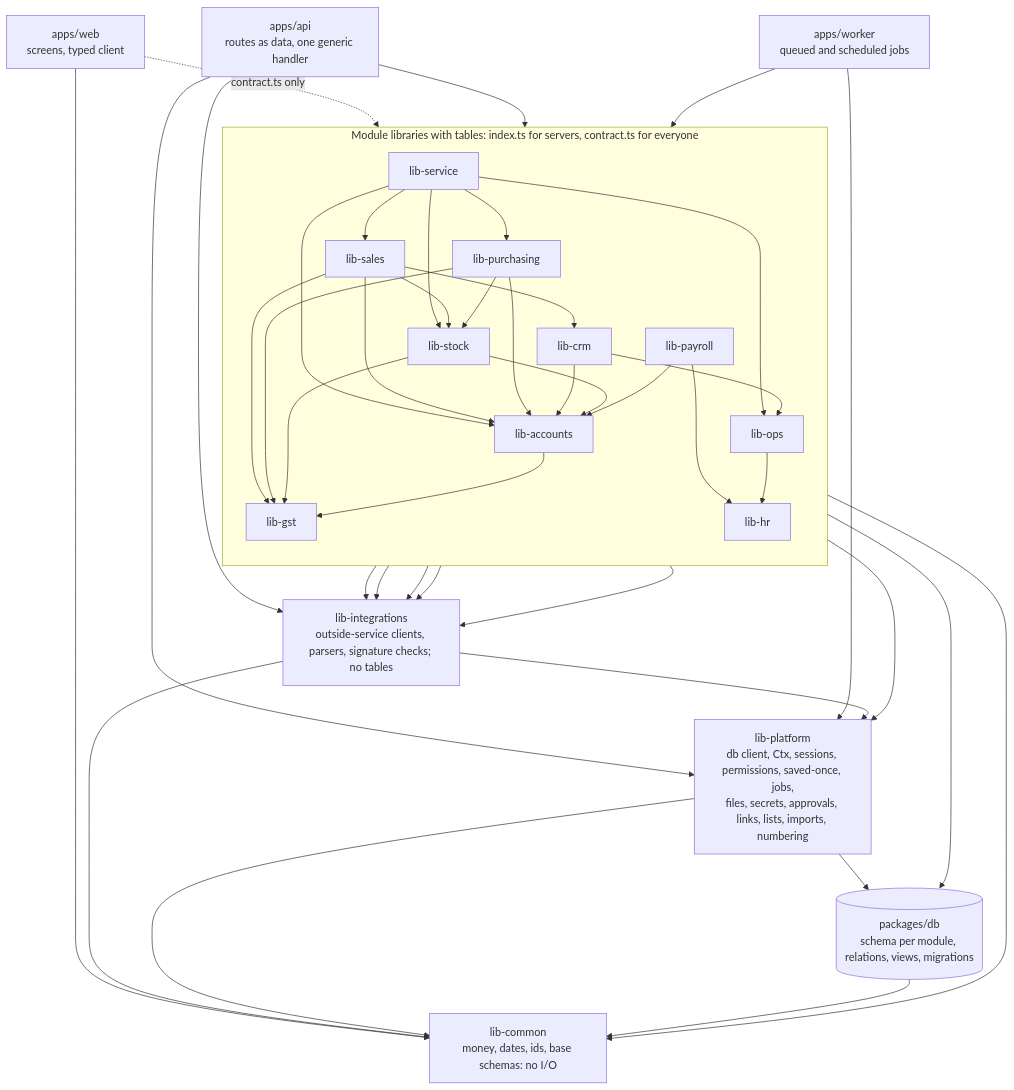
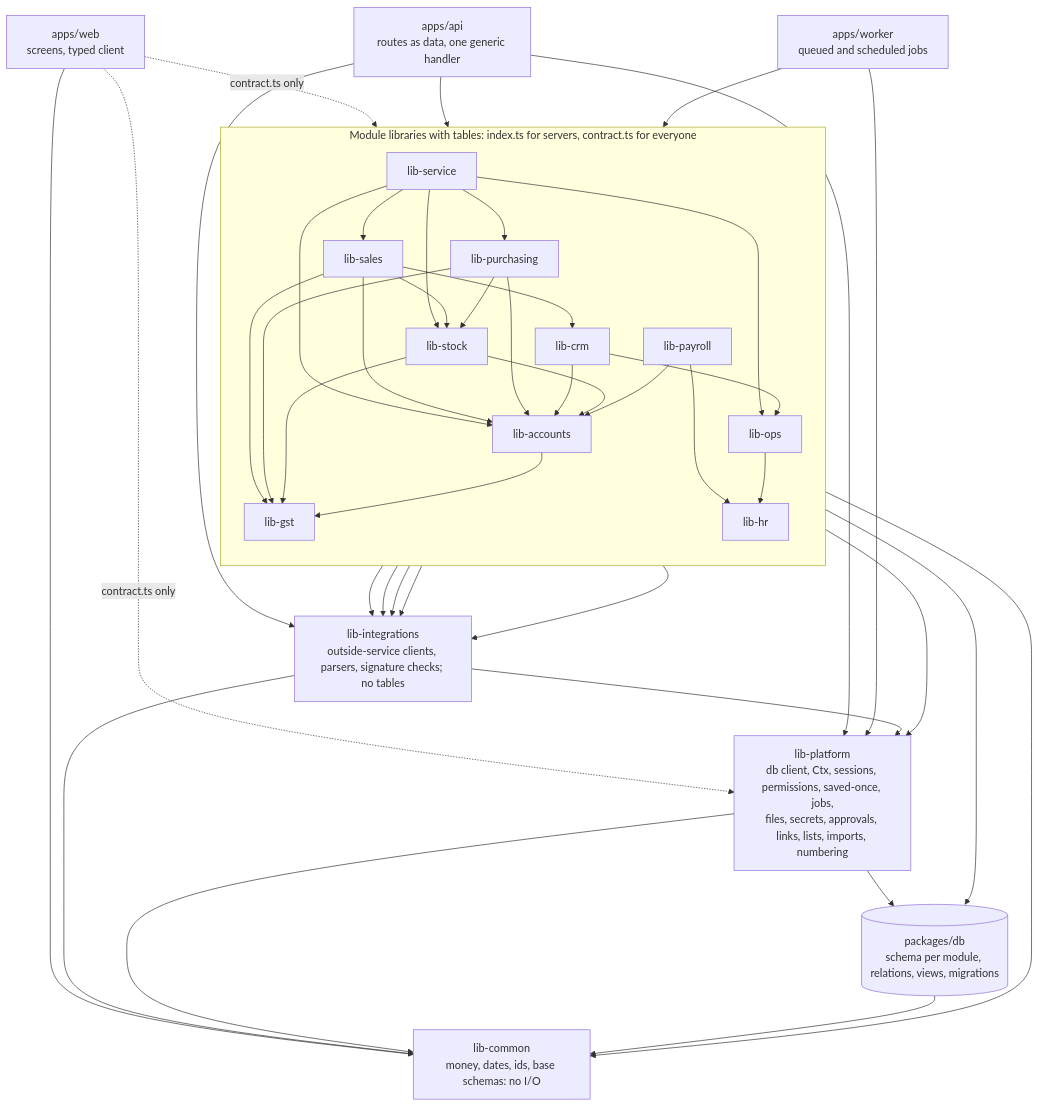
Before and after one commit to sarthakradboards-hash/radcore-erp: the diagram in docs/architecture/packages.md, drawn with Mermaid. The commit also changed 1 other file, not shown here.

Commit message:
RAD-7: what crosses the wire (UI review blocker)
- lib-platform gets a browser-safe ./contract entry (sign-in, session /me, MFA,
  invites, sessions, settings, files, approvals, list and error shapes); web may
  import it, never lib-platform's . or ./runtime. D4 covers all of apps/web,
  server components and route handlers included.
- §7a: wire format (camelCase JSON, decimal strings, dates, ISO moments in UTC,
  null vs absent, no transforms in contracts); one error envelope with fixed
  status and code mapping; Idempotency-Key required on every write, made per
  submit in apps/web; list envelope { items, next } with no totals; masked pii()
  fields read-only in forms and refused as input; same origin, no CORS, S3
  presigned PUT the one cross-origin call.

````diff
--- a/docs/architecture/packages.md
+++ b/docs/architecture/packages.md
@@ -6,52 +6,53 @@
 ```mermaid
 flowchart TB
   WEB["apps/web<br/>screens, typed client"]
   API["apps/api<br/>routes as data, one generic handler"]
   WORKER["apps/worker<br/>queued and scheduled jobs"]
 
   subgraph MODS["Module libraries with tables: index.ts for servers, contract.ts for everyone"]
     direction TB
     SERVICE["lib-service"]
     SALES["lib-sales"]
     PURCH["lib-purchasing"]
     CRM["lib-crm"]
     STOCK["lib-stock"]
     PAYROLL["lib-payroll"]
     ACC["lib-accounts"]
     GST["lib-gst"]
     OPS["lib-ops"]
     HR["lib-hr"]
   end
 
   INT["lib-integrations<br/>outside-service clients, parsers, signature checks; no tables"]
   PLAT["lib-platform<br/>db client, Ctx, sessions, permissions, saved-once, jobs,<br/>files, secrets, approvals, links, lists, imports, numbering"]
   DB[("packages/db<br/>schema per module, relations, views, migrations")]
   COMMON["lib-common<br/>money, dates, ids, base schemas: no I/O"]
 
   WEB -.->|contract.ts only| MODS
+  WEB -.->|contract.ts only| PLAT
   WEB --> COMMON
   API --> MODS
   API --> INT
   API --> PLAT
   WORKER --> MODS
   WORKER --> PLAT
 
   SERVICE --> SALES & PURCH & STOCK & ACC & OPS
   SALES --> CRM & STOCK & ACC & GST & INT
   PURCH --> STOCK & ACC & GST
   CRM --> ACC & OPS & INT
   STOCK --> ACC & GST & INT
   PAYROLL --> HR & ACC
   ACC --> GST & INT
   GST --> INT
   OPS --> HR
 
   MODS --> PLAT
   MODS --> DB
   MODS --> COMMON
   INT --> PLAT
   INT --> COMMON
   PLAT --> DB
   PLAT --> COMMON
   DB --> COMMON
 ```
````
